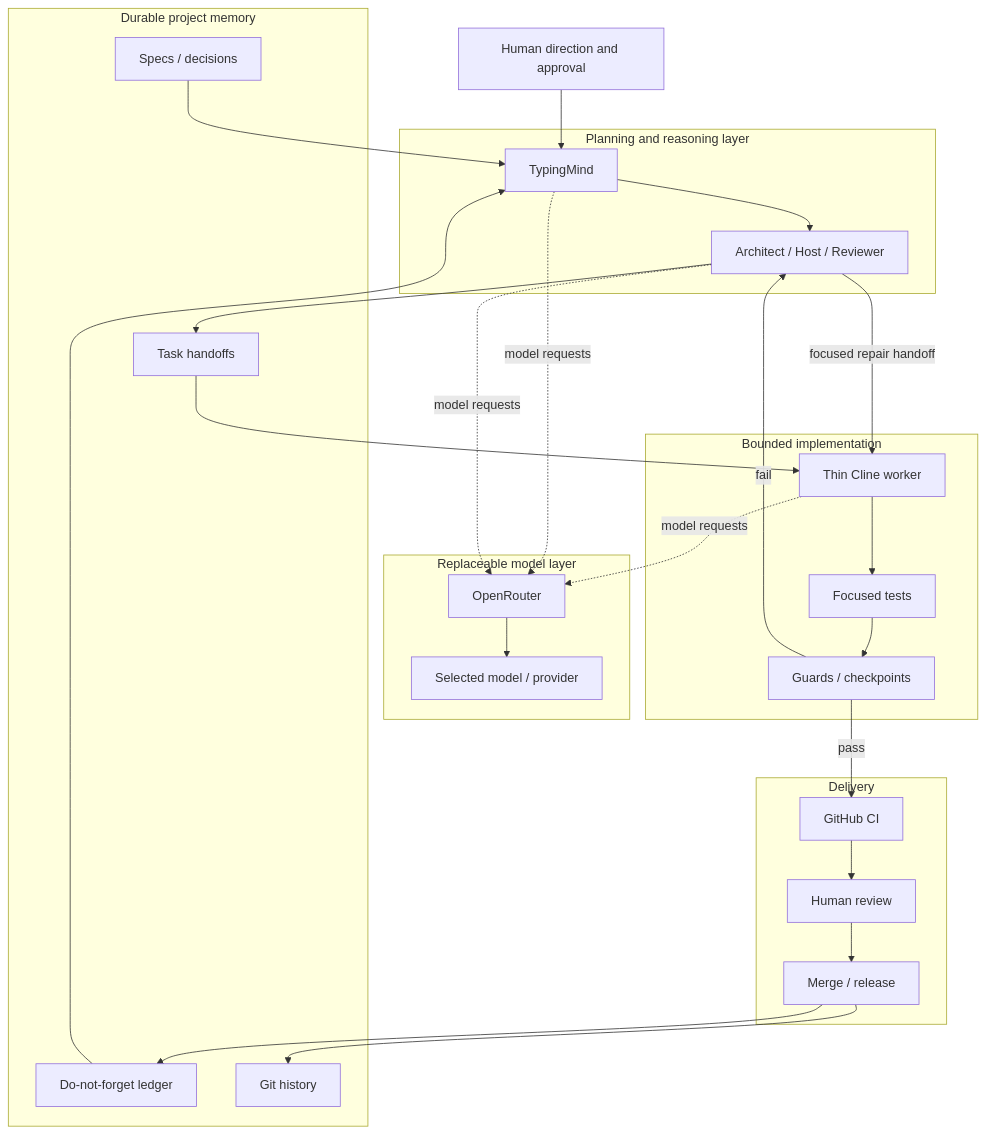
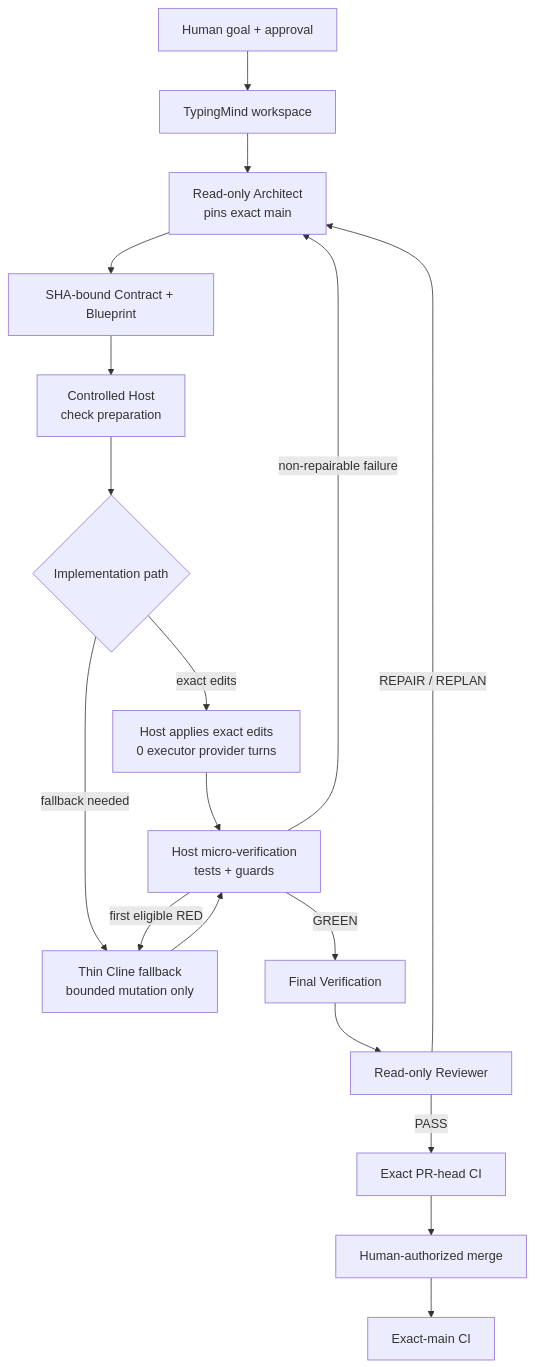
The first of 2 diagrams in README.md (wintersyntax/ai-assisted-development-workflow), drawn with Mermaid before and after one commit. The commit also changed other lines of this file and 19 other files, not shown here.

Commit message:
Add guarded workflow architecture and CI

````diff
--- a/README.md
+++ b/README.md
@@ -24,55 +30,28 @@
 ```mermaid
 flowchart TB
-    Human[Human direction and approval]
+    H[Human goal + approval]
+    T[TypingMind workspace]
+    A[Read-only Architect<br/>pins exact main]
+    C[SHA-bound Contract + Blueprint]
+    P[Controlled Host<br/>check preparation]
+    X{Implementation path}
+    E[Host applies exact edits<br/>0 executor provider turns]
+    F[Thin Cline fallback<br/>bounded mutation only]
+    V[Host micro-verification<br/>tests + guards]
+    FV[Final Verification]
+    R[Read-only Reviewer]
+    PR[Exact PR-head CI]
+    M[Human-authorized merge]
+    MAIN[Exact-main CI]
 
-    subgraph Memory["Durable project memory"]
-        Specs[Specs / decisions]
-        Ledger[Do-not-forget ledger]
-        Handoffs[Task handoffs]
-        Git[Git history]
-    end
+    H --> T --> A --> C --> P --> X
+    X -- exact edits --> E --> V
+    X -- fallback needed --> F --> V
 
-    subgraph Reasoning["Planning and reasoning layer"]
-        TM[TypingMind]
-        Host[Architect / Host / Reviewer]
-    end
+    V -- first eligible RED --> F
+    V -- non-repairable failure --> A
+    V -- GREEN --> FV --> R
 
-    subgraph Models["Replaceable model layer"]
-        OR[OpenRouter]
-        Model[Selected model / provider]
-    end
-
-    subgraph Implementation["Bounded implementation"]
-        Cline[Thin Cline worker]
-        Tests[Focused tests]
-        Guards[Guards / checkpoints]
-    end
-
-    subgraph Delivery["Delivery"]
-        CI[GitHub CI]
-        Review[Human review]
-        Merge[Merge / release]
-    end
-
-    Human --> TM
-    Specs --> TM
-    Ledger --> TM
-    TM --> Host
-    Host --> Handoffs
-    Handoffs --> Cline
-
-    TM -. model requests .-> OR
-    Host -. model requests .-> OR
-    Cline -. model requests .-> OR
-    OR --> Model
-
-    Cline --> Tests
-    Tests --> Guards
-    Guards -->|fail| Host
-    Host -->|focused repair handoff| Cline
-    Guards -->|pass| CI
-    CI --> Review
-    Review --> Merge
-    Merge --> Git
-    Merge --> Ledger
+    R -- REPAIR / REPLAN --> A
+    R -- PASS --> PR --> M --> MAIN
 ```
````
